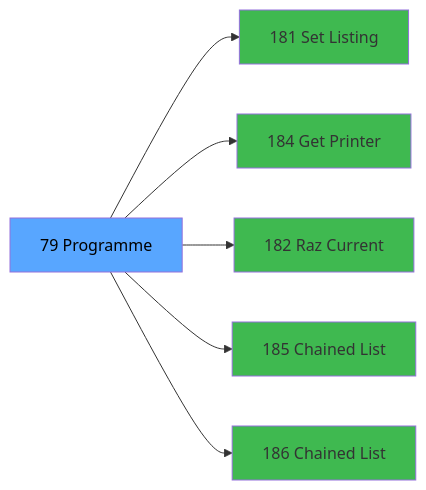
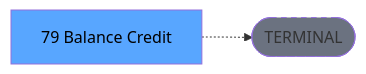
The third of 3 diagrams in .openspec/specs/ADH-IDE-79.md (thonyAGP/lecteur-magic), drawn with Mermaid before and after one commit. The commit also changed other lines of this file and 701 other files, not shown here.

````diff
--- a/.openspec/specs/ADH-IDE-79.md
+++ b/.openspec/specs/ADH-IDE-79.md
@@ -157,20 +139,8 @@
 ```mermaid
 graph LR
-    T[79 Programme]
-    C181[181 Set Listing ]
-    T --> C181
-    C184[184 Get Printer ]
-    T --> C184
-    C182[182 Raz Current ]
-    T --> C182
-    C185[185 Chained List]
-    T --> C185
-    C186[186 Chained List]
-    T --> C186
+    T[79 Balance Credit ]
+    TERM([TERMINAL])
+    T -.-> TERM
+    style TERM fill:#6b7280,stroke-dasharray: 5 5
     style T fill:#58a6ff,color:#000
-    style C181 fill:#3fb950
-    style C184 fill:#3fb950
-    style C182 fill:#3fb950
-    style C185 fill:#3fb950
-    style C186 fill:#3fb950
 ```
````
